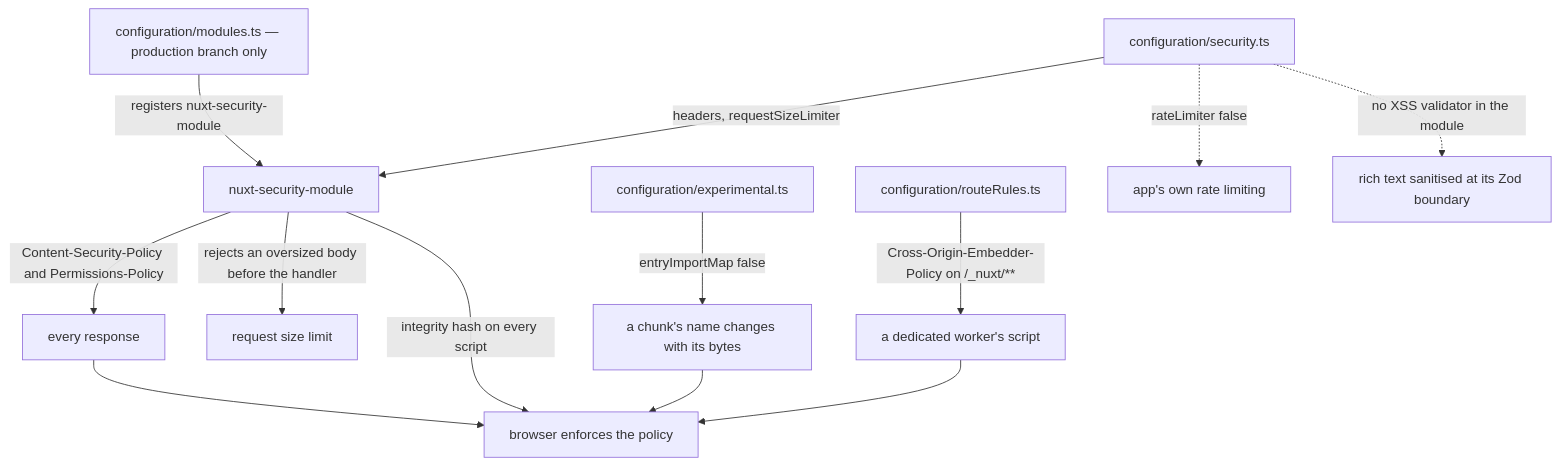
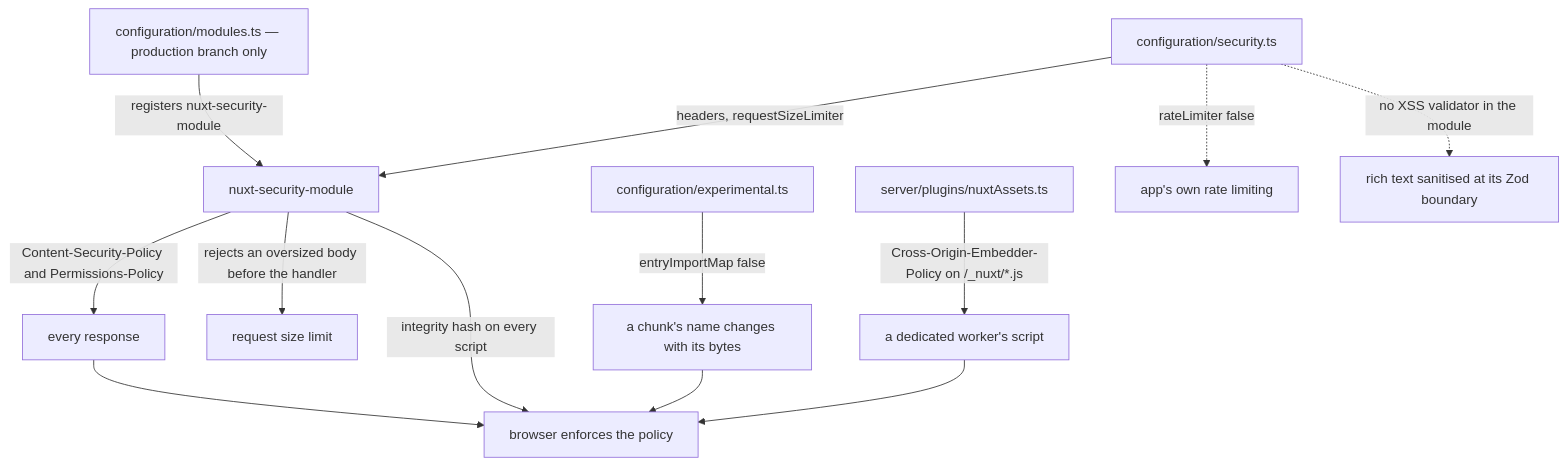
Before and after one commit to Esposter/Esposter: the diagram in apps/web/content/docs/architecture/security-posture.md, drawn with Mermaid. The commit also changed other lines of this file and 3 other files, not shown here.

````diff
--- a/apps/web/content/docs/architecture/security-posture.md
+++ b/apps/web/content/docs/architecture/security-posture.md
@@ -14,15 +14,15 @@
 ```mermaid
 flowchart TD
   modules["configuration/modules.ts — production branch only"] -->|"registers nuxt-security-module"| module["nuxt-security-module"]
   config["configuration/security.ts"] -->|"headers, requestSizeLimiter"| module
   module -->|"Content-Security-Policy and Permissions-Policy"| response["every response"]
   module -->|"rejects an oversized body before the handler"| upload["request size limit"]
   response --> browser["browser enforces the policy"]
   module -->|"integrity hash on every script"| browser
   experimental["configuration/experimental.ts"] -->|"entryImportMap false"| names["a chunk's name changes with its bytes"]
   names --> browser
-  rules["configuration/routeRules.ts"] -->|"Cross-Origin-Embedder-Policy on /_nuxt/**"| worker["a dedicated worker's script"]
+  assetHook["server/plugins/nuxtAssets.ts"] -->|"Cross-Origin-Embedder-Policy on /_nuxt/*.js"| worker["a dedicated worker's script"]
   worker --> browser
   config -.->|"rateLimiter false"| rate["app's own rate limiting"]
   config -.->|"no XSS validator in the module"| xss["rich text sanitised at its Zod boundary"]
 ```
````
